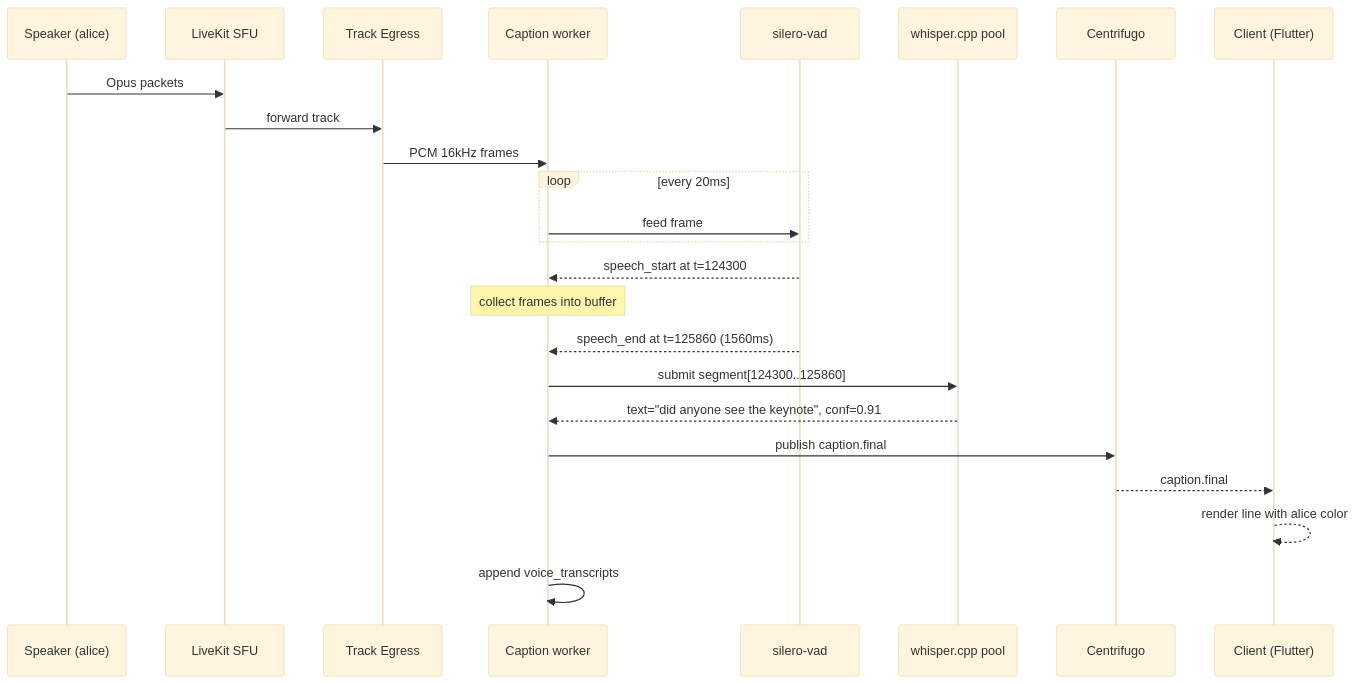
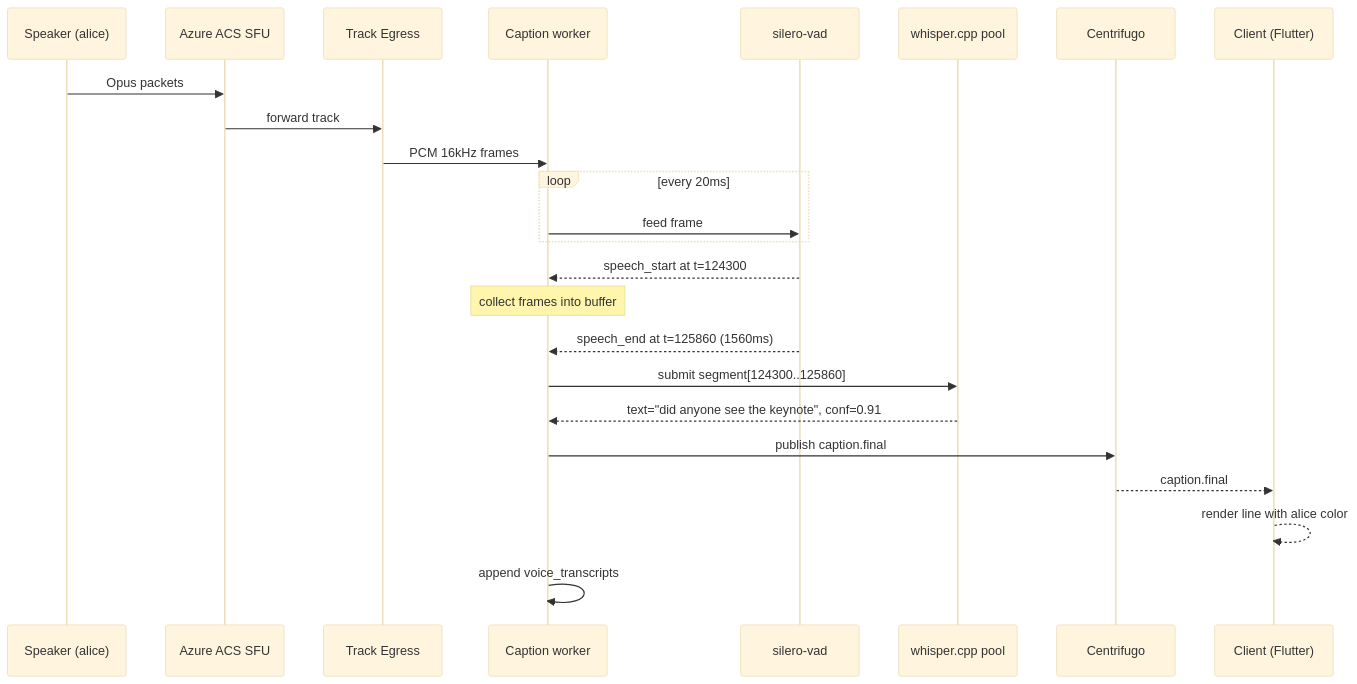
One commit to Santosh-Prasad-Verma/Flicko changed the first of 4 diagrams in missing-features/03-ai/ai-voice-transcription/APPFLOW.md. Above: the diagram before and after it, drawn with Mermaid (base theme). The commit also changed 225 other files, not shown here.

Commit message:
feat: eliminate legacy LiveKit references, align with Azure ACS VoIP stack, and prune docs (#84)

````diff
--- a/missing-features/03-ai/ai-voice-transcription/APPFLOW.md
+++ b/missing-features/03-ai/ai-voice-transcription/APPFLOW.md
@@ -5,27 +5,27 @@
 ```mermaid
 sequenceDiagram
     participant Sp as Speaker (alice)
-    participant LK as LiveKit SFU
+    participant LK as Azure ACS SFU
     participant EG as Track Egress
     participant W  as Caption worker
     participant V  as silero-vad
     participant Wp as whisper.cpp pool
     participant CF as Centrifugo
     participant Cl as Client (Flutter)
 
     Sp->>LK: Opus packets
     LK->>EG: forward track
     EG->>W: PCM 16kHz frames
     loop every 20ms
       W->>V: feed frame
     end
     V-->>W: speech_start at t=124300
     Note over W: collect frames into buffer
     V-->>W: speech_end at t=125860 (1560ms)
     W->>Wp: submit segment[124300..125860]
     Wp-->>W: text="did anyone see the keynote", conf=0.91
     W->>CF: publish caption.final
     CF-->>Cl: caption.final
     Cl-->>Cl: render line with alice color
     W->>W: append voice_transcripts
 ```
````
